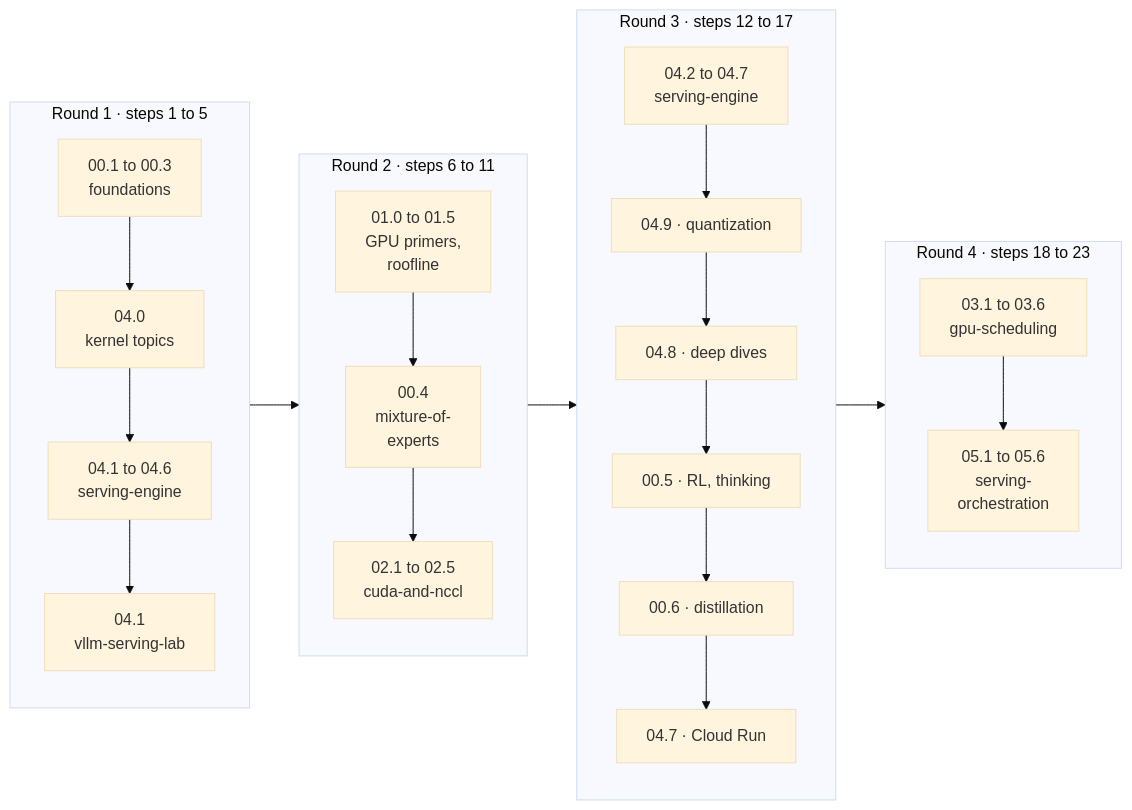
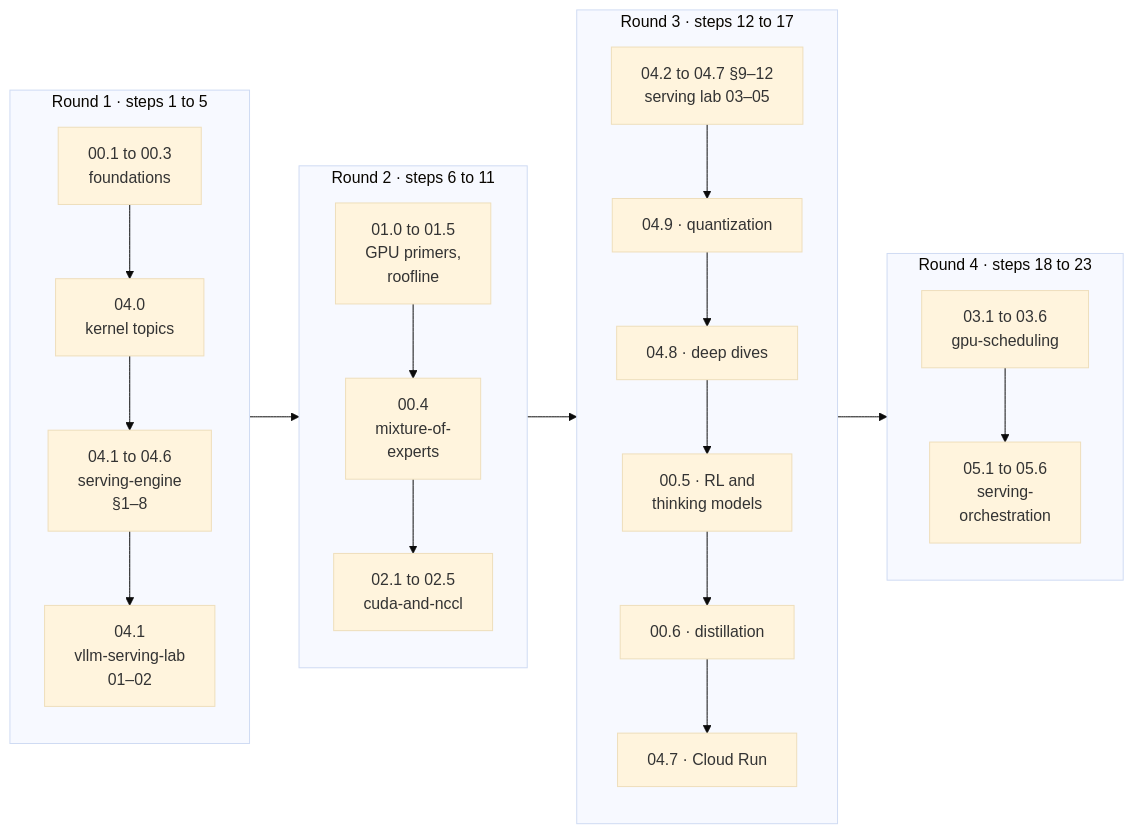
Before and after one commit to aniryou/full-stack-agentic-engineer: the first of 2 diagrams in CURRICULUM.md, drawn with Mermaid (base theme). The commit also changed other lines of this file and 1 other file, not shown here.

````diff
--- a/CURRICULUM.md
+++ b/CURRICULUM.md
@@ -157,20 +157,20 @@
 ```mermaid
 flowchart LR
   subgraph R1["Round 1 · steps 1 to 5"]
     direction TB
-    S1["00.1 to 00.3<br/>foundations"] --> S3["04.0<br/>kernel topics"] --> S4["04.1 to 04.6<br/>serving-engine"] --> S5["04.1<br/>vllm-serving-lab"]
+    S1["00.1 to 00.3<br/>foundations"] --> S3["04.0<br/>kernel topics"] --> S4["04.1 to 04.6<br/>serving-engine<br/>§1–8"] --> S5["04.1<br/>vllm-serving-lab<br/>01–02"]
   end
   subgraph R2["Round 2 · steps 6 to 11"]
     direction TB
     S6["01.0 to 01.5<br/>GPU primers,<br/>roofline"] --> S9["00.4<br/>mixture-of-<br/>experts"] --> S10["02.1 to 02.5<br/>cuda-and-nccl"]
   end
   subgraph R3["Round 3 · steps 12 to 17"]
     direction TB
-    S12["04.2 to 04.7<br/>serving-engine"] --> S13["04.9 · quantization"] --> S14["04.8 · deep dives"] --> S15["00.5 · RL, thinking"] --> S16["00.6 · distillation"] --> S17["04.7 · Cloud Run"]
+    S12["04.2 to 04.7 §9–12<br/>serving lab 03–05"] --> S13["04.9 · quantization"] --> S14["04.8 · deep dives"] --> S15["00.5 · RL and<br/>thinking models"] --> S16["00.6 · distillation"] --> S17["04.7 · Cloud Run"]
   end
   subgraph R4["Round 4 · steps 18 to 23"]
     direction TB
     S18["03.1 to 03.6<br/>gpu-scheduling"] --> S21["05.1 to 05.6<br/>serving-<br/>orchestration"]
   end
   R1 --> R2 --> R3 --> R4
 ```
````
